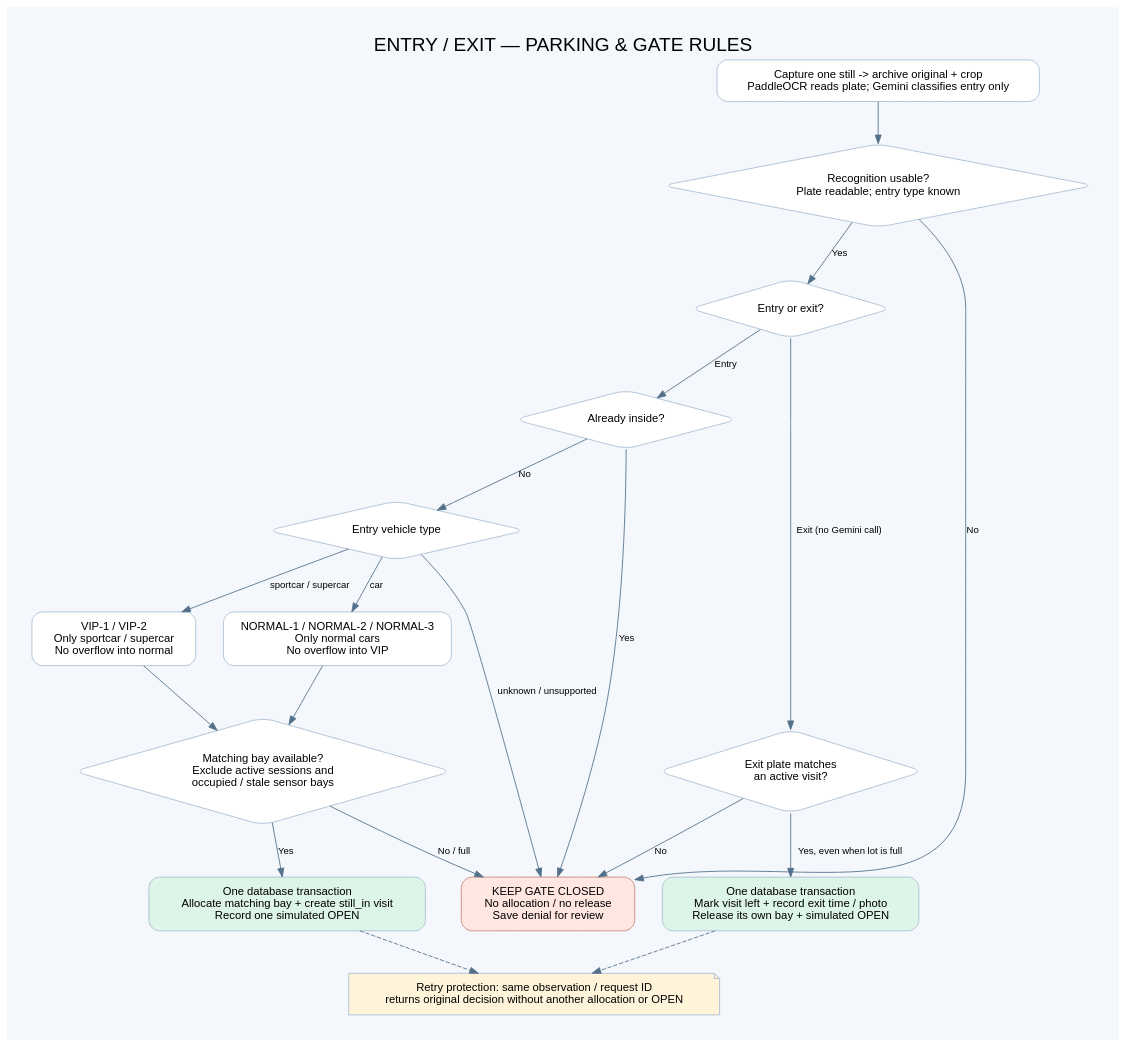
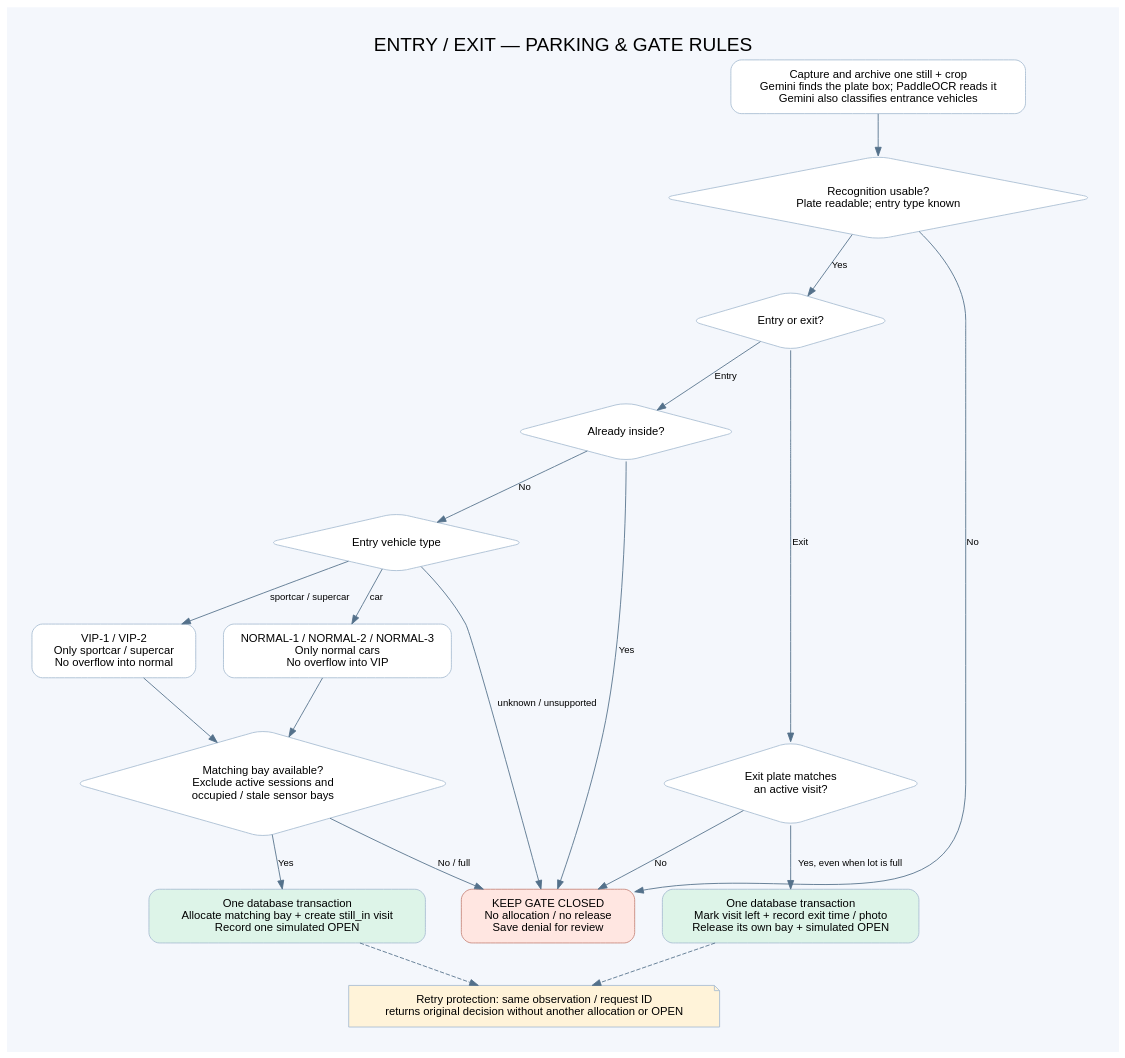
The diagram in docs/parking-decision-flow.dot (vvryw/intelligence-parking-lot), drawn with Graphviz before and after one commit. The commit also changed 21 other files, not shown here.

Commit message:
Improve exit plate detection with Gemini bounding boxes

```diff
--- a/docs/parking-decision-flow.dot
+++ b/docs/parking-decision-flow.dot
@@ -1,36 +1,36 @@
 digraph parking_decision {
  graph [rankdir=TB,bgcolor="#f4f7fc",pad="0.4",nodesep="0.45",ranksep="0.65",fontname="Helvetica",fontsize=22,label="ENTRY / EXIT — PARKING & GATE RULES",labelloc=t];
  node [shape=box,style="rounded,filled",fillcolor="white",color="#a8bdd2",fontname="Helvetica",fontsize=13,margin="0.2,0.14"];
  edge [fontname="Helvetica",fontsize=11,color="#54718b"];
- photo [label="Capture one still -> archive original + crop\nPaddleOCR reads plate; Gemini classifies entry only"];
+ photo [label="Capture and archive one still + crop\nGemini finds the plate box; PaddleOCR reads it\nGemini also classifies entrance vehicles"];
  quality [shape=diamond,label="Recognition usable?\nPlate readable; entry type known"];
  direction [shape=diamond,label="Entry or exit?"];
  type [shape=diamond,label="Entry vehicle type"];
  normal [label="NORMAL-1 / NORMAL-2 / NORMAL-3\nOnly normal cars\nNo overflow into VIP"];
  vip [label="VIP-1 / VIP-2\nOnly sportcar / supercar\nNo overflow into normal"];
  free [shape=diamond,label="Matching bay available?\nExclude active sessions and\noccupied / stale sensor bays"];
  duplicate [shape=diamond,label="Already inside?"];
  allocate [label="One database transaction\nAllocate matching bay + create still_in visit\nRecord one simulated OPEN",fillcolor="#ddf4e8"];
  match [shape=diamond,label="Exit plate matches\nan active visit?"];
  release [label="One database transaction\nMark visit left + record exit time / photo\nRelease its own bay + simulated OPEN",fillcolor="#ddf4e8"];
  closed [label="KEEP GATE CLOSED\nNo allocation / no release\nSave denial for review",fillcolor="#ffe6e1",color="#c8877b"];
  retry [label="Retry protection: same observation / request ID\nreturns original decision without another allocation or OPEN",shape=note,fillcolor="#fff3d9"];
  photo -> quality;
  quality -> closed [label="No"];
  quality -> direction [label="Yes"];
  direction -> duplicate [label="Entry"];
  duplicate -> closed [label="Yes"];
  duplicate -> type [label="No"];
  type -> normal [label="car"];
  type -> vip [label="sportcar / supercar"];
  type -> closed [label="unknown / unsupported"];
  normal -> free;
  vip -> free;
  free -> closed [label="No / full"];
  free -> allocate [label="Yes"];
- direction -> match [label="Exit (no Gemini call)"];
+ direction -> match [label="Exit"];
  match -> closed [label="No"];
  match -> release [label="Yes, even when lot is full"];
  allocate -> retry [style=dashed];
  release -> retry [style=dashed];
 }
```
